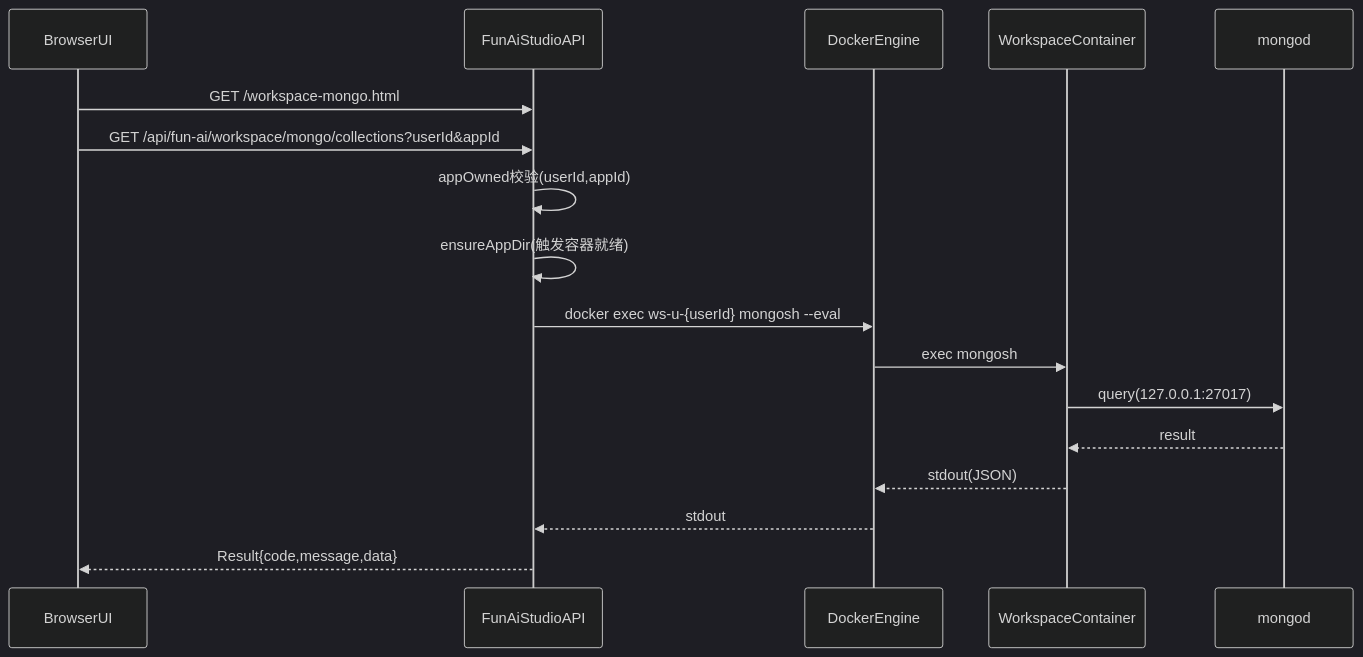
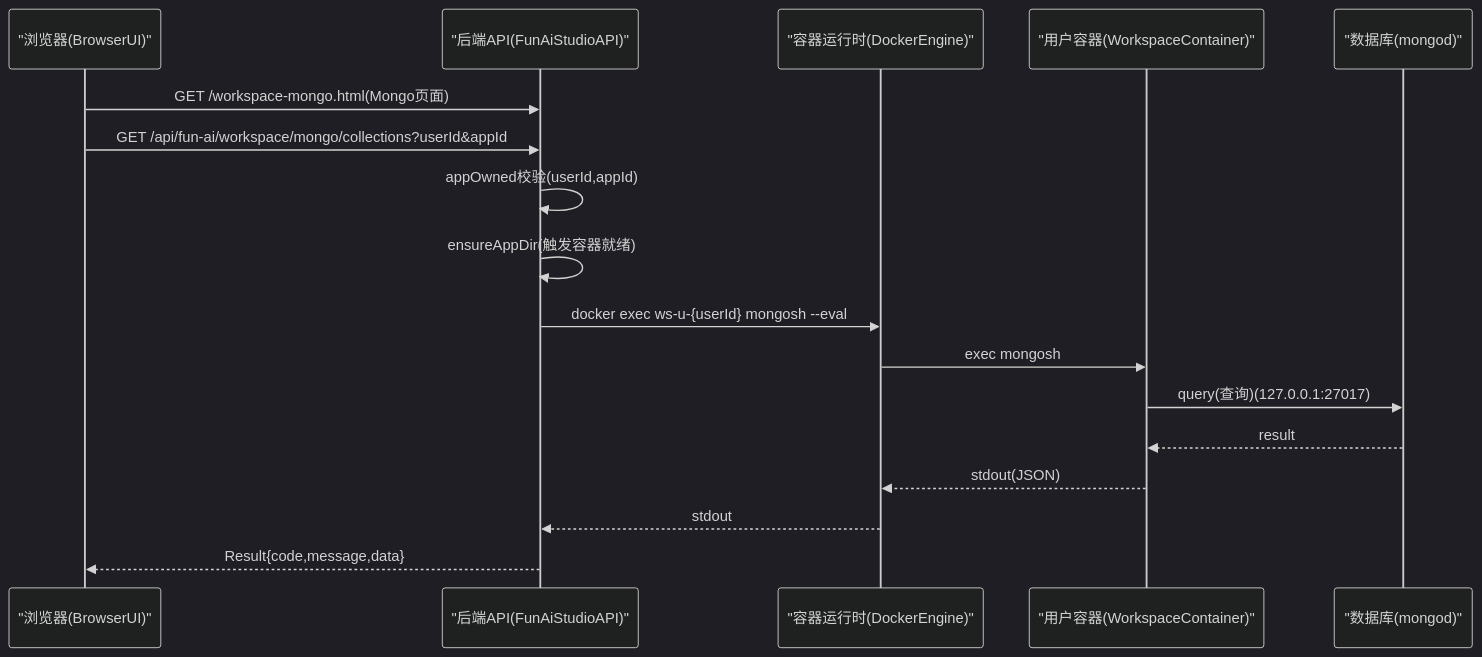
The diagram in src/main/resources/doc/domains/workspace/mongo-explorer.md (ruiAndroid/fun-ai-studio-api), drawn with Mermaid (dark theme) before and after one commit. The commit also changed 10 other files, not shown here.

````diff
--- a/src/main/resources/doc/domains/workspace/mongo-explorer.md
+++ b/src/main/resources/doc/domains/workspace/mongo-explorer.md
@@ -30,20 +30,20 @@
 ```mermaid
 sequenceDiagram
-participant Browser as BrowserUI
-participant Api as FunAiStudioAPI
-participant Docker as DockerEngine
-participant WsContainer as WorkspaceContainer
-participant Mongo as mongod
+participant Browser as "浏览器(BrowserUI)"
+participant Api as "后端API(FunAiStudioAPI)"
+participant Docker as "容器运行时(DockerEngine)"
+participant WsContainer as "用户容器(WorkspaceContainer)"
+participant Mongo as "数据库(mongod)"
 
-Browser->>Api: GET /workspace-mongo.html
+Browser->>Api: GET /workspace-mongo.html(Mongo页面)
 Browser->>Api: GET /api/fun-ai/workspace/mongo/collections?userId&appId
 Api->>Api: appOwned校验(userId,appId)
 Api->>Api: ensureAppDir(触发容器就绪)
 Api->>Docker: docker exec ws-u-{userId} mongosh --eval
 Docker->>WsContainer: exec mongosh
-WsContainer->>Mongo: query(127.0.0.1:27017)
+WsContainer->>Mongo: query(查询)(127.0.0.1:27017)
 Mongo-->>WsContainer: result
 WsContainer-->>Docker: stdout(JSON)
 Docker-->>Api: stdout
 Api-->>Browser: Result{code,message,data}
 ```
````
